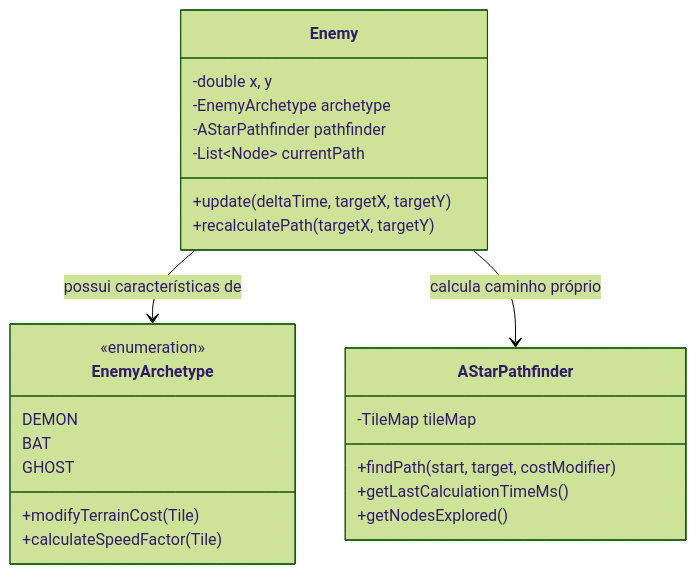
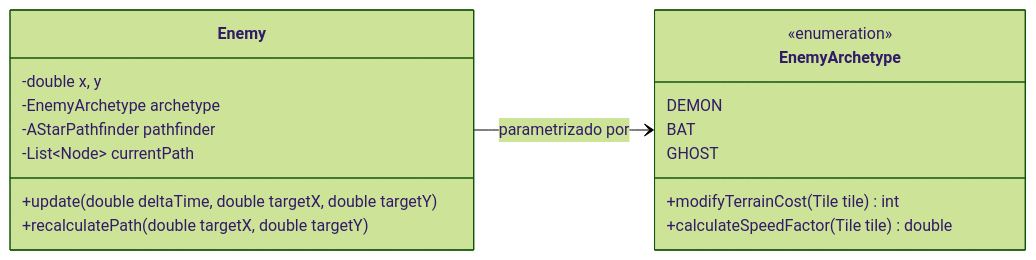
The third of 5 diagrams in README.md (Blimabru/sentinela), drawn with Mermaid (forest theme) before and after one commit. The commit also changed other lines of this file, not shown here.

````diff
--- a/README.md
+++ b/README.md
@@ -103,31 +178,23 @@
 ```mermaid
 classDiagram
-    direction TB
+    direction LR
+    class EnemyArchetype {
+        <<enumeration>>
+        DEMON
+        BAT
+        GHOST
+        +modifyTerrainCost(Tile tile) int
+        +calculateSpeedFactor(Tile tile) double
+    }
+
     class Enemy {
         -double x, y
         -EnemyArchetype archetype
         -AStarPathfinder pathfinder
         -List~Node~ currentPath
-        +update(deltaTime, targetX, targetY)
-        +recalculatePath(targetX, targetY)
+        +update(double deltaTime, double targetX, double targetY)
+        +recalculatePath(double targetX, double targetY)
     }
 
-    class EnemyArchetype {
-        <<enumeration>>
-        DEMON
-        BAT
-        GHOST
-        +modifyTerrainCost(Tile)
-        +calculateSpeedFactor(Tile)
-    }
-
-    class AStarPathfinder {
-        -TileMap tileMap
-        +findPath(start, target, costModifier)
-        +getLastCalculationTimeMs()
-        +getNodesExplored()
-    }
-
-    Enemy --> EnemyArchetype : possui características de
-    Enemy --> AStarPathfinder : calcula caminho próprio
+    Enemy --> EnemyArchetype : parametrizado por
 ```
````
